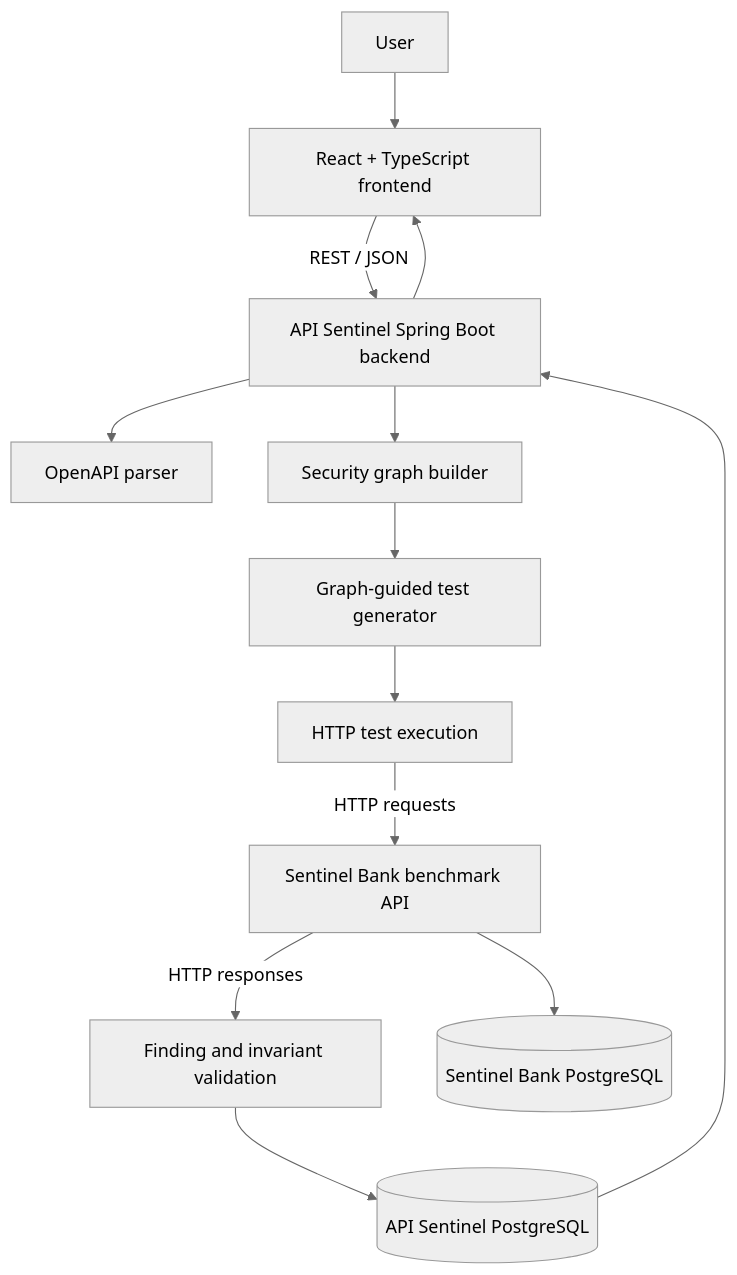
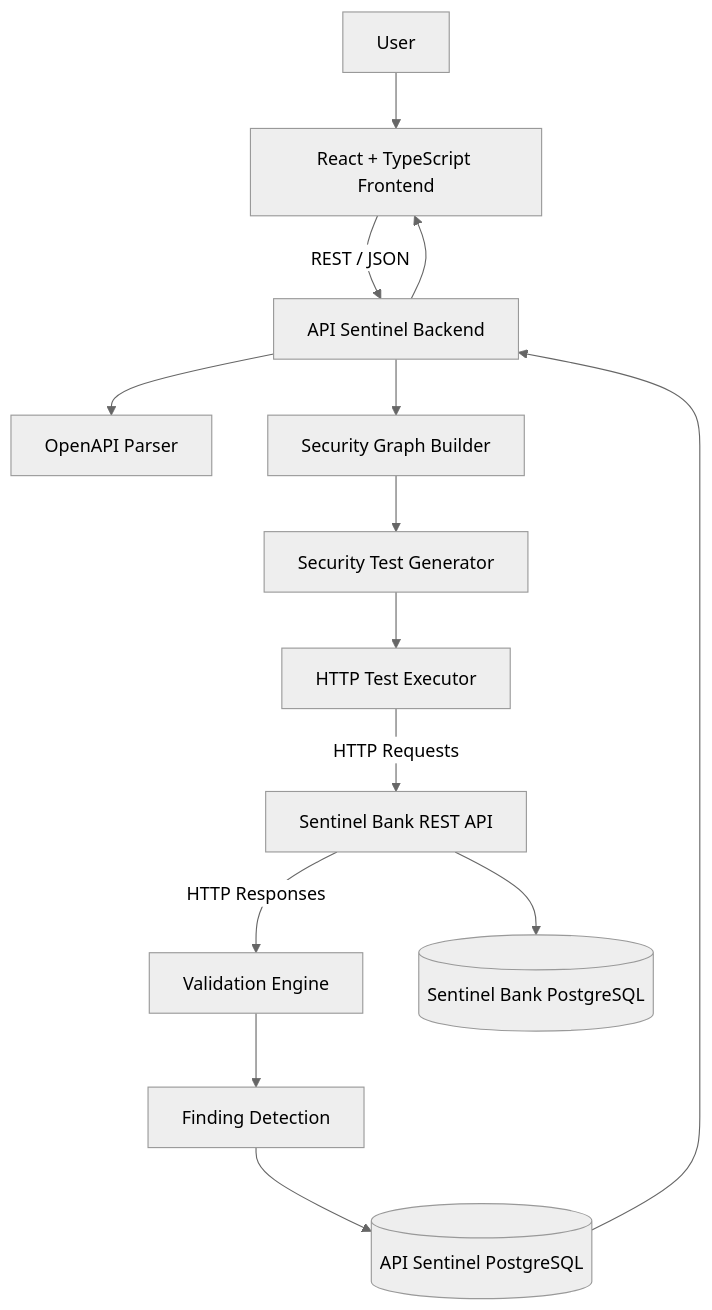
The diagram in README.md (monisha0705/api-sentinel), drawn with Mermaid (neutral theme) before and after one commit. The commit also changed other lines of this file, not shown here.

````diff
--- a/README.md
+++ b/README.md
@@ -75,17 +224,24 @@
 ```mermaid
 flowchart TD
-    U[User] --> UI[React + TypeScript frontend]
-    UI -->|REST / JSON| BE[API Sentinel Spring Boot backend]
+    U[User] --> UI[React + TypeScript Frontend]
 
-    BE --> OA[OpenAPI parser]
-    BE --> SG[Security graph builder]
-    SG --> TG[Graph-guided test generator]
-    TG --> EX[HTTP test execution]
-    EX -->|HTTP requests| BANK[Sentinel Bank benchmark API]
-    BANK -->|HTTP responses| VAL[Finding and invariant validation]
-    VAL --> DB[(API Sentinel PostgreSQL)]
+    UI -->|REST / JSON| BE[API Sentinel Backend]
+
+    BE --> OA[OpenAPI Parser]
+    BE --> SG[Security Graph Builder]
+
+    SG --> TG[Security Test Generator]
+    TG --> EX[HTTP Test Executor]
+
+    EX -->|HTTP Requests| BANK[Sentinel Bank REST API]
+
+    BANK -->|HTTP Responses| VAL[Validation Engine]
+
+    VAL --> FD[Finding Detection]
+    FD --> DB[(API Sentinel PostgreSQL)]
+
     DB --> BE
     BE --> UI
 
     BANK --> BANKDB[(Sentinel Bank PostgreSQL)]
 ```
````
